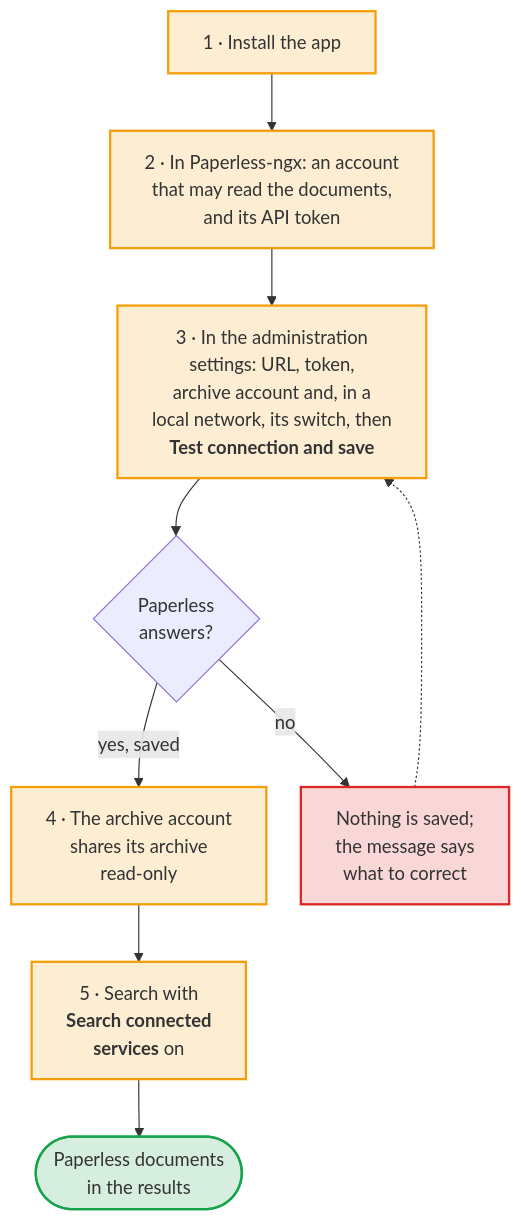
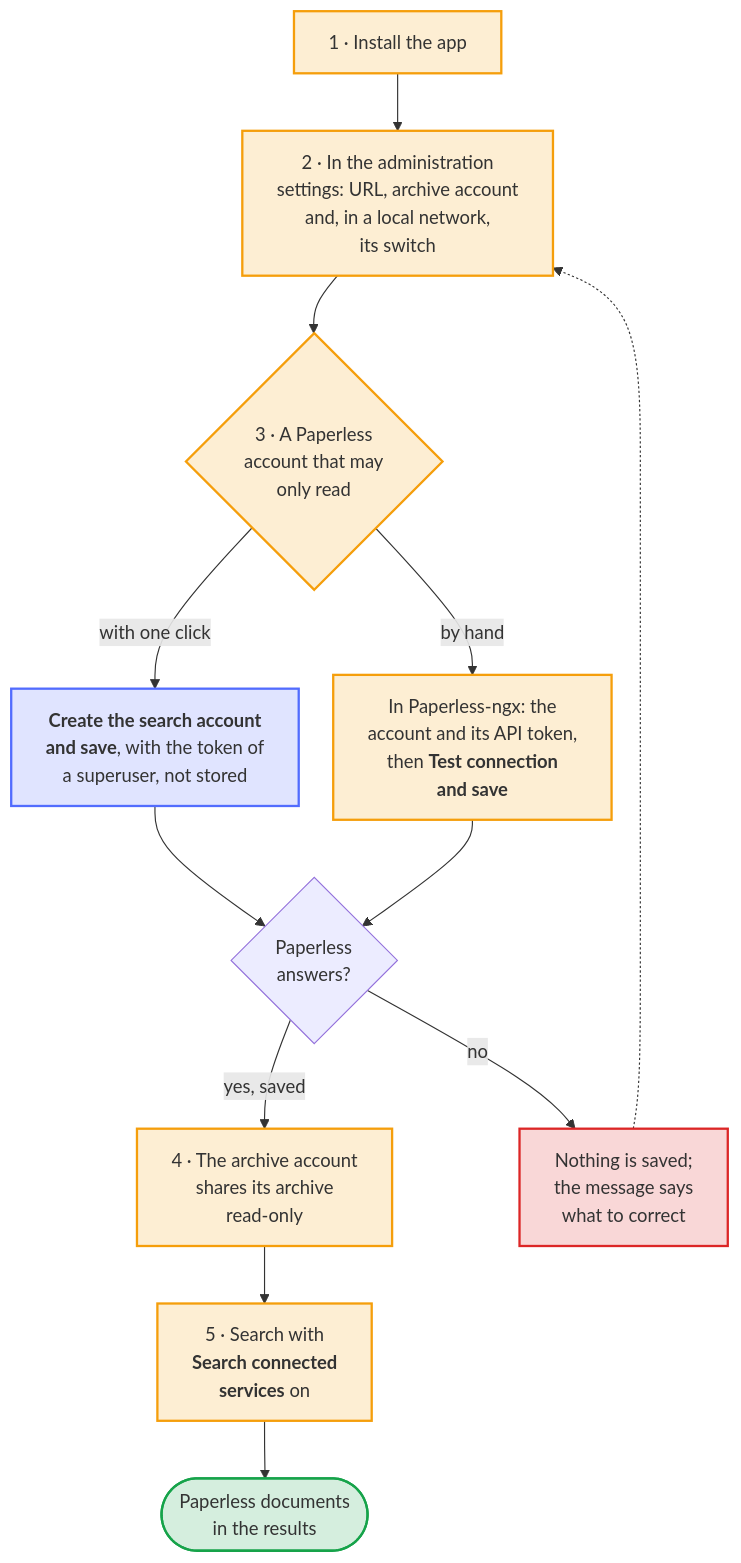
Before and after one commit to Dennis-Otto/paperless-unified-search: the diagram in docs/diagrams/setting-up-the-search.mmd, drawn with Mermaid. The commit also changed 57 other files, not shown here.

First line of the commit message:
feat(settings): set up the read-only search account in Paperless with one click (#337)

```diff
--- a/docs/diagrams/setting-up-the-search.mmd
+++ b/docs/diagrams/setting-up-the-search.mmd
@@ -1,30 +1,36 @@
 ---
 config:
   flowchart:
     wrappingWidth: 400
     nodeSpacing: 30
 ---
 flowchart TB
     accTitle: Setting up the search
-    accDescr: Install the app. In Paperless-ngx, create an account that may read the documents and an API token for it. In the administration settings of Nextcloud, enter the URL, the token and the archive account, select Paperless runs in my local network when Nextcloud reaches Paperless at such an address, and select Test connection and save. When Paperless answers, the settings are saved; otherwise nothing is saved and the message says what to correct. The archive account shares its archive read-only with the users who may find its documents, and they find them under Paperless documents in Nextcloud's search, with Search connected services switched on.
+    accDescr: Install the app. In the administration settings of Nextcloud, enter the URL and the archive account, and select Paperless runs in my local network when Nextcloud reaches Paperless at such an address. Then connect a Paperless account that may only read: let the settings create it with the token of a superuser of Paperless, which is not stored, with Create the search account and save; or create the account and its API token in Paperless-ngx, enter the token and select Test connection and save. When Paperless answers, the settings are saved; otherwise nothing is saved and the message says what to correct. The archive account shares its archive read-only with the users who may find its documents, and they find them under Paperless documents in Nextcloud's search, with Search connected services switched on.
 
     install["1 · Install the app"]
-    token["2 · In Paperless-ngx: an account<br>that may read the documents,<br>and its API token"]
-    save["`3 · In the administration<br>settings: URL, token,<br>archive account and, in a<br>local network, its switch, then<br>**Test connection and save**`"]
+    save["2 · In the administration<br>settings: URL, archive account<br>and, in a local network,<br>its switch"]
+    account{"3 · A Paperless<br>account that may<br>only read"}
+    oneclick["`**Create the search account<br>and save**, with the token of<br>a superuser, not stored`"]
+    byhand["`In Paperless-ngx: the<br>account and its API token,<br>then **Test connection<br>and save**`"]
     answers{"Paperless<br>answers?"}
     fix["Nothing is saved;<br>the message says<br>what to correct"]
     share["4 · The archive account<br>shares its archive<br>read-only"]
     search["`5 · Search with<br>**Search connected<br>services** on`"]
     found(["Paperless documents<br>in the results"])
 
-    install --> token --> save --> answers
+    install --> save --> account
+    account -- "with one click" --> oneclick --> answers
+    account -- "by hand" --> byhand --> answers
     answers -- "yes, saved" --> share --> search --> found
     answers -- "no" --> fix
     fix -.-> save
 
     classDef person fill:#f59e0b2e,stroke:#f59e0b,stroke-width:2px
+    classDef app fill:#526cfe2e,stroke:#526cfe,stroke-width:2px
     classDef done fill:#16a34a2e,stroke:#16a34a,stroke-width:2px
     classDef no fill:#dc26262e,stroke:#dc2626,stroke-width:2px
-    class install,token,save,share,search person
+    class install,save,account,byhand,share,search person
+    class oneclick app
     class found done
     class fix no
```
